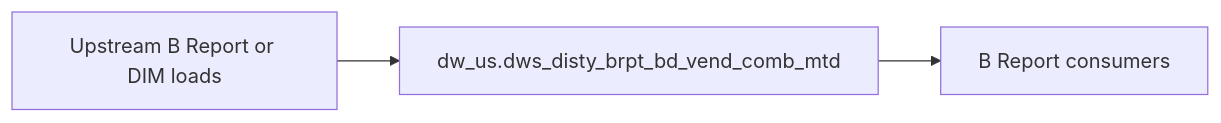
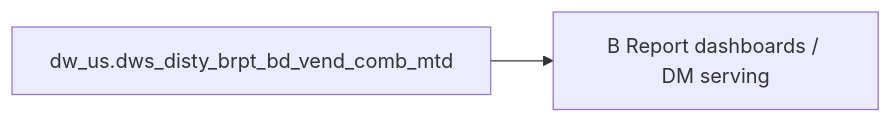
The diagram in backend/defaults/b_report/workspace/target/knowledgebase/b-report-us/dws_disty_brpt_bd_vend_comb_mtd.md (chengduhaha/data_agent), drawn with Mermaid before and after one commit. The commit also changed other lines of this file and 1108 other files, not shown here.

````diff
--- a/backend/defaults/b_report/workspace/target/knowledgebase/b-report-us/dws_disty_brpt_bd_vend_comb_mtd.md
+++ b/backend/defaults/b_report/workspace/target/knowledgebase/b-report-us/dws_disty_brpt_bd_vend_comb_mtd.md
@@ -151,8 +431,6 @@
 ```mermaid
 flowchart LR
-  upstream[Upstream B Report or DIM loads]
-  tgt["dw_us.dws_disty_brpt_bd_vend_comb_mtd"]
-  brpt[B Report consumers]
-  upstream --> tgt
-  tgt --> brpt
+  dw_us_dws_disty_brpt_bd_vend_comb_mtd["dw_us.dws_disty_brpt_bd_vend_comb_mtd"]
+  consumers["B Report dashboards / DM serving"]
+  dw_us_dws_disty_brpt_bd_vend_comb_mtd --> consumers
 ```
````
